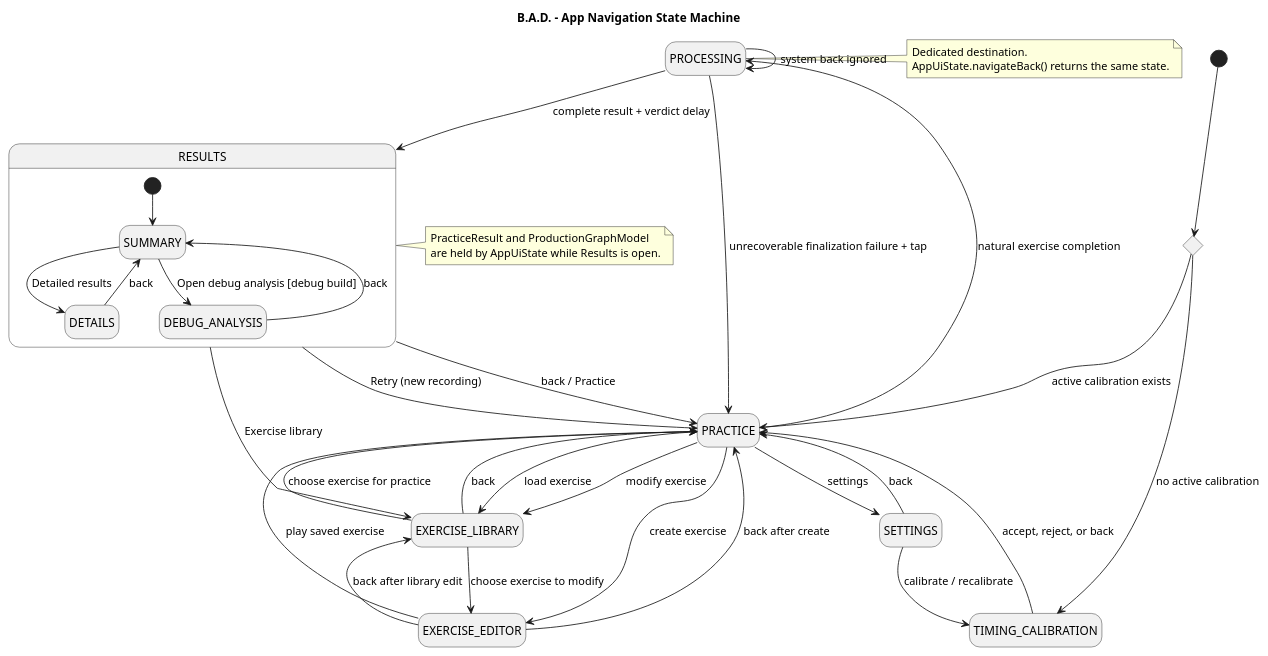
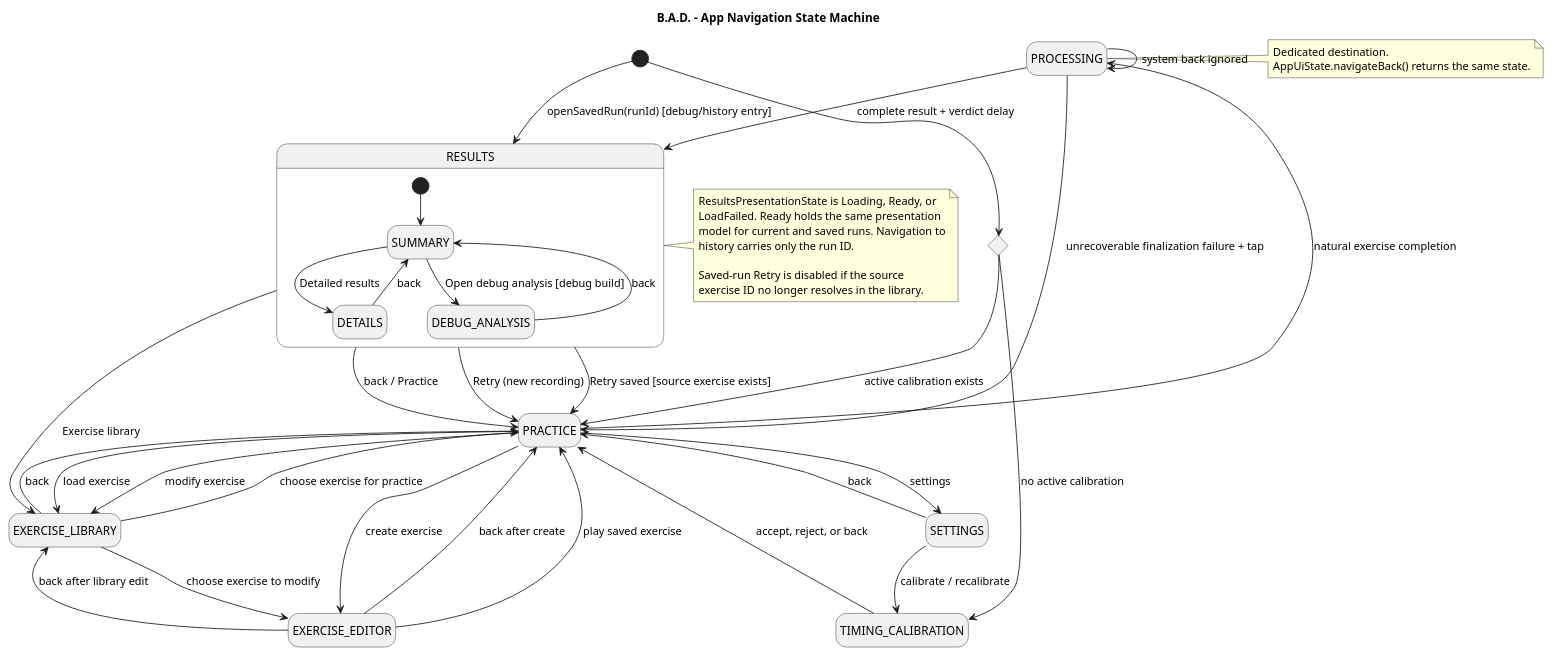
The diagram in designDocuments/navigation-state-machine.puml (medChaouki/BAD), drawn with PlantUML before and after one commit. The commit also changed 41 other files, not shown here.

Commit message:
feat: persist and reopen completed exercise runs

```diff
--- a/designDocuments/navigation-state-machine.puml
+++ b/designDocuments/navigation-state-machine.puml
@@ -1,56 +1,63 @@
 @startuml Navigation_State_Machine
 title B.A.D. - App Navigation State Machine
 
 skinparam backgroundColor #FFFFFF
 skinparam shadowing false
 hide empty description
 
 state Startup <<choice>>
 [*] --> Startup
 Startup --> TIMING_CALIBRATION : no active calibration
 Startup --> PRACTICE : active calibration exists
 
 PRACTICE --> EXERCISE_LIBRARY : load exercise
 PRACTICE --> EXERCISE_LIBRARY : modify exercise
 PRACTICE --> EXERCISE_EDITOR : create exercise
 PRACTICE --> SETTINGS : settings
 PRACTICE --> PROCESSING : natural exercise completion
 
 EXERCISE_LIBRARY --> PRACTICE : choose exercise for practice
 EXERCISE_LIBRARY --> EXERCISE_EDITOR : choose exercise to modify
 EXERCISE_LIBRARY --> PRACTICE : back
 
 EXERCISE_EDITOR --> PRACTICE : back after create
 EXERCISE_EDITOR --> EXERCISE_LIBRARY : back after library edit
 EXERCISE_EDITOR --> PRACTICE : play saved exercise
 
 SETTINGS --> TIMING_CALIBRATION : calibrate / recalibrate
 SETTINGS --> PRACTICE : back
 TIMING_CALIBRATION --> PRACTICE : accept, reject, or back
 
 PROCESSING --> RESULTS : complete result + verdict delay
+[*] --> RESULTS : openSavedRun(runId) [debug/history entry]
 PROCESSING --> PROCESSING : system back ignored
 PROCESSING --> PRACTICE : unrecoverable finalization failure + tap
 
 state RESULTS {
   [*] --> SUMMARY
   SUMMARY --> DETAILS : Detailed results
   DETAILS --> SUMMARY : back
   SUMMARY --> DEBUG_ANALYSIS : Open debug analysis [debug build]
   DEBUG_ANALYSIS --> SUMMARY : back
 }
 
 RESULTS --> PRACTICE : back / Practice
 RESULTS --> PRACTICE : Retry (new recording)
+RESULTS --> PRACTICE : Retry saved [source exercise exists]
 RESULTS --> EXERCISE_LIBRARY : Exercise library
 
 note right of PROCESSING
   Dedicated destination.
   AppUiState.navigateBack() returns the same state.
 end note
 
 note right of RESULTS
-  PracticeResult and ProductionGraphModel
-  are held by AppUiState while Results is open.
+  ResultsPresentationState is Loading, Ready, or
+  LoadFailed. Ready holds the same presentation
+  model for current and saved runs. Navigation to
+  history carries only the run ID.
+
+  Saved-run Retry is disabled if the source
+  exercise ID no longer resolves in the library.
 end note
 @enduml
```
